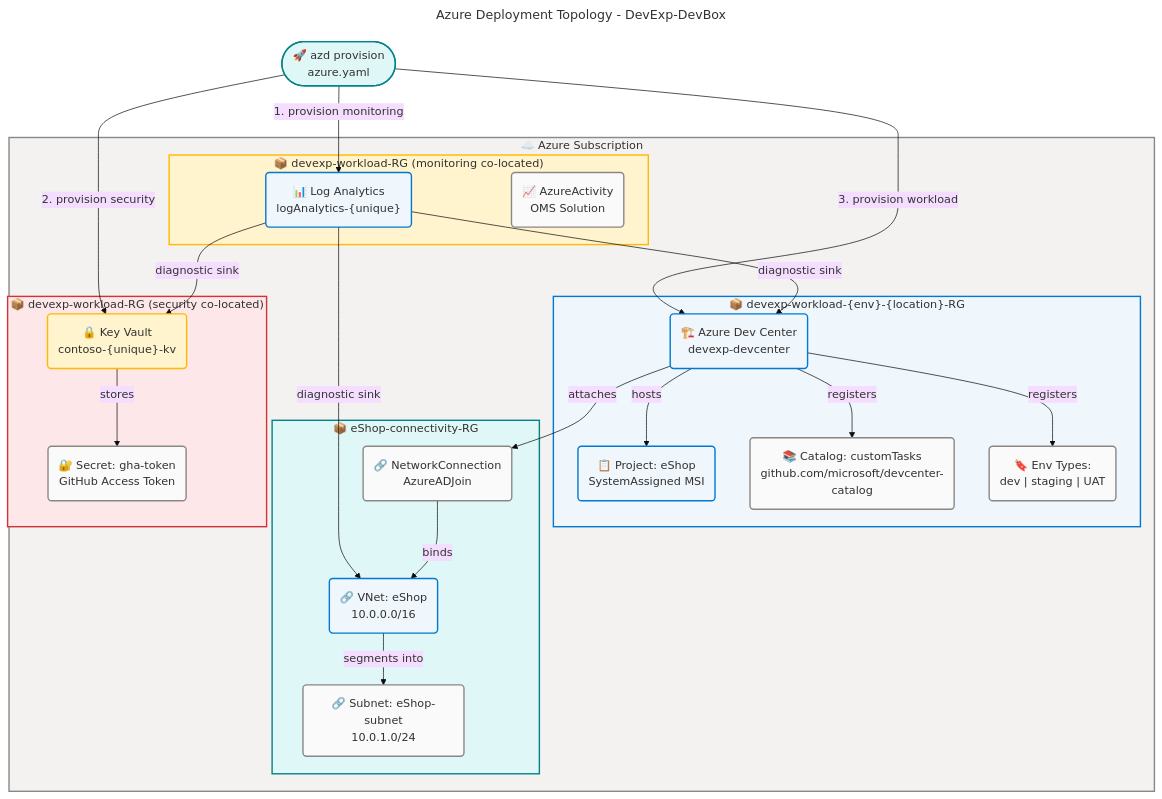
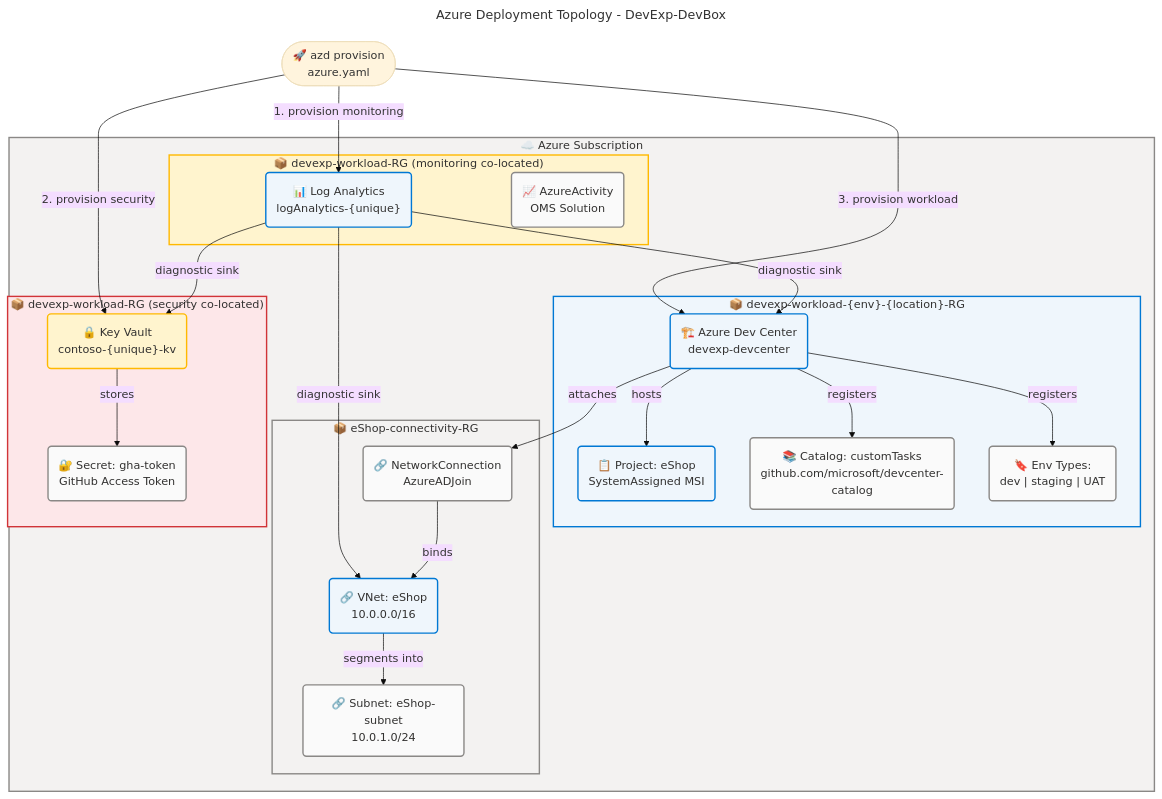
One commit to Evilazaro/DevExp-DevBox changed the second of 6 diagrams in docs/architecture/technology-architecture.md. Above: the diagram before and after it, drawn with Mermaid. The commit also changed other lines of this file and 1 other file, not shown here.

Commit message:
refactor: Update Mermaid diagram styles for improved visual distinction in data architecture and technology architecture documentation

````diff
--- a/docs/architecture/technology-architecture.md
+++ b/docs/architecture/technology-architecture.md
@@ -431,82 +430,81 @@
 ```mermaid
 ---
 title: Azure Deployment Topology - DevExp-DevBox
 config:
   theme: base
   look: classic
   layout: dagre
   themeVariables:
     fontSize: '16px'
   flowchart:
     htmlLabels: true
 ---
 flowchart TB
     accTitle: Azure Deployment Topology - DevExp-DevBox
     accDescr: Shows the Azure subscription deployment topology with resource groups, contained resources, and provisioning dependencies
 
     %% ═══════════════════════════════════════════════════════════════════════════
     %% AZURE / FLUENT ARCHITECTURE PATTERN v1.1
     %% (Semantic + Structural + Font + Accessibility Governance)
     %% ═══════════════════════════════════════════════════════════════════════════
     %% PHASE 1 - FLUENT UI: All styling uses approved Fluent UI palette only
     %% PHASE 2 - GROUPS: Every subgraph has semantic color via style directive
     %% PHASE 3 - COMPONENTS: Every node has semantic classDef + icon prefix
     %% PHASE 4 - ACCESSIBILITY: accTitle/accDescr present, WCAG AA contrast
     %% PHASE 5 - STANDARD: Governance block present, classDefs centralized
     %% ═══════════════════════════════════════════════════════════════════════════
 
     AZD(["🚀 azd provision<br/>azure.yaml"]):::external
 
     subgraph Sub["☁️ Azure Subscription"]
 
         subgraph WL_RG["📦 devexp-workload-{env}-{location}-RG"]
             DevCenter("🏗️ Azure Dev Center<br/>devexp-devcenter"):::core
             eShopProj("📋 Project: eShop<br/>SystemAssigned MSI"):::core
             DCCat("📚 Catalog: customTasks<br/>github.com/microsoft/devcenter-catalog"):::neutral
             DevEnv("🔖 Env Types:<br/>dev | staging | UAT"):::neutral
         end
 
         subgraph ConnRG["📦 eShop-connectivity-RG"]
             VNet("🔗 VNet: eShop<br/>10.0.0.0/16"):::core
             Subnet("🔗 Subnet: eShop-subnet<br/>10.0.1.0/24"):::neutral
             NetConn("🔗 NetworkConnection<br/>AzureADJoin"):::neutral
         end
 
         subgraph SecRG["📦 devexp-workload-RG (security co-located)"]
             KV("🔒 Key Vault<br/>contoso-{unique}-kv"):::warning
             KVSec("🔐 Secret: gha-token<br/>GitHub Access Token"):::neutral
         end
 
         subgraph MonRG["📦 devexp-workload-RG (monitoring co-located)"]
             LA("📊 Log Analytics<br/>logAnalytics-{unique}"):::core
             ActSol("📈 AzureActivity<br/>OMS Solution"):::neutral
         end
 
     end
 
     AZD -->|"1. provision monitoring"| LA
     AZD -->|"2. provision security"| KV
     AZD -->|"3. provision workload"| DevCenter
     LA -->|"diagnostic sink"| DevCenter
     LA -->|"diagnostic sink"| KV
     LA -->|"diagnostic sink"| VNet
     KV -->|"stores"| KVSec
     DevCenter -->|"hosts"| eShopProj
     DevCenter -->|"registers"| DCCat
     DevCenter -->|"registers"| DevEnv
     DevCenter -->|"attaches"| NetConn
     NetConn -->|"binds"| VNet
     VNet -->|"segments into"| Subnet
 
     %% Centralized classDefs
     classDef neutral fill:#FAFAFA,stroke:#8A8886,stroke-width:2px,color:#323130
     classDef core fill:#EFF6FC,stroke:#0078D4,stroke-width:2px,color:#323130
     classDef warning fill:#FFF4CE,stroke:#FFB900,stroke-width:2px,color:#323130
-    classDef external fill:#E0F7F7,stroke:#038387,stroke-width:2px,color:#323130
 
     style Sub fill:#F3F2F1,stroke:#8A8886,stroke-width:2px,color:#323130
     style WL_RG fill:#EFF6FC,stroke:#0078D4,stroke-width:2px,color:#323130
-    style ConnRG fill:#E0F7F7,stroke:#038387,stroke-width:2px,color:#323130
+    style ConnRG fill:#F3F2F1,stroke:#8A8886,stroke-width:2px,color:#323130
     style SecRG fill:#FDE7E9,stroke:#D13438,stroke-width:2px,color:#323130
     style MonRG fill:#FFF4CE,stroke:#FFB900,stroke-width:2px,color:#323130
 ```
````
